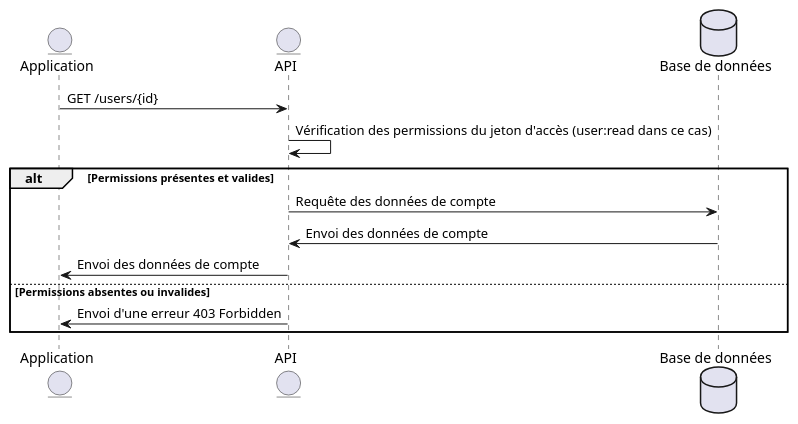
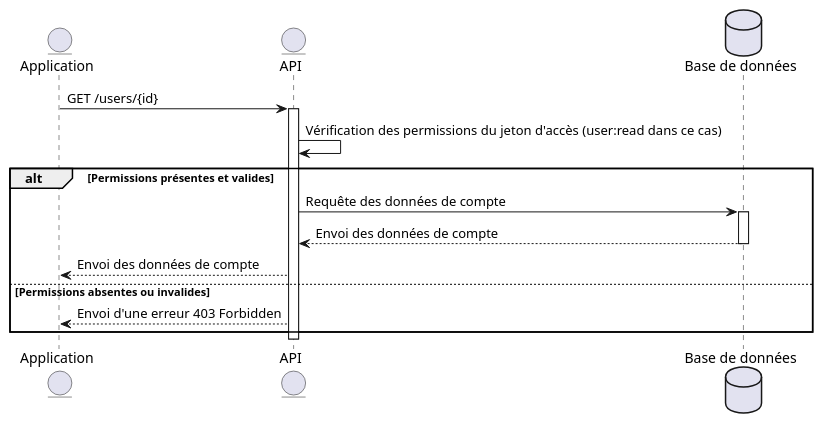
The diagram in docs/assets/diagrams/src/authorization.puml (nezia1/missive-documentation), drawn with PlantUML before and after one commit. The commit also changed 10 other files, not shown here.

Commit message:
add lifeline to diagrams

```diff
--- a/docs/assets/diagrams/src/authorization.puml
+++ b/docs/assets/diagrams/src/authorization.puml
@@ -1,15 +1,20 @@
 @startuml authorization
 entity "Application" as Client
 entity API
 database "Base de données" as Database
 
 Client -> API : GET /users/{id}
+activate API
 API -> API : Vérification des permissions du jeton d'accès (user:read dans ce cas)
+
 alt Permissions présentes et valides
     API -> Database : Requête des données de compte
-    Database -> API : Envoi des données de compte
-    API -> Client : Envoi des données de compte
+    activate Database
+    Database --> API : Envoi des données de compte
+    deactivate Database
+    API --> Client : Envoi des données de compte
 else Permissions absentes ou invalides
-    API -> Client : Envoi d'une erreur 403 Forbidden
+    API --> Client : Envoi d'une erreur 403 Forbidden
 end
+deactivate API
 @enduml
```
